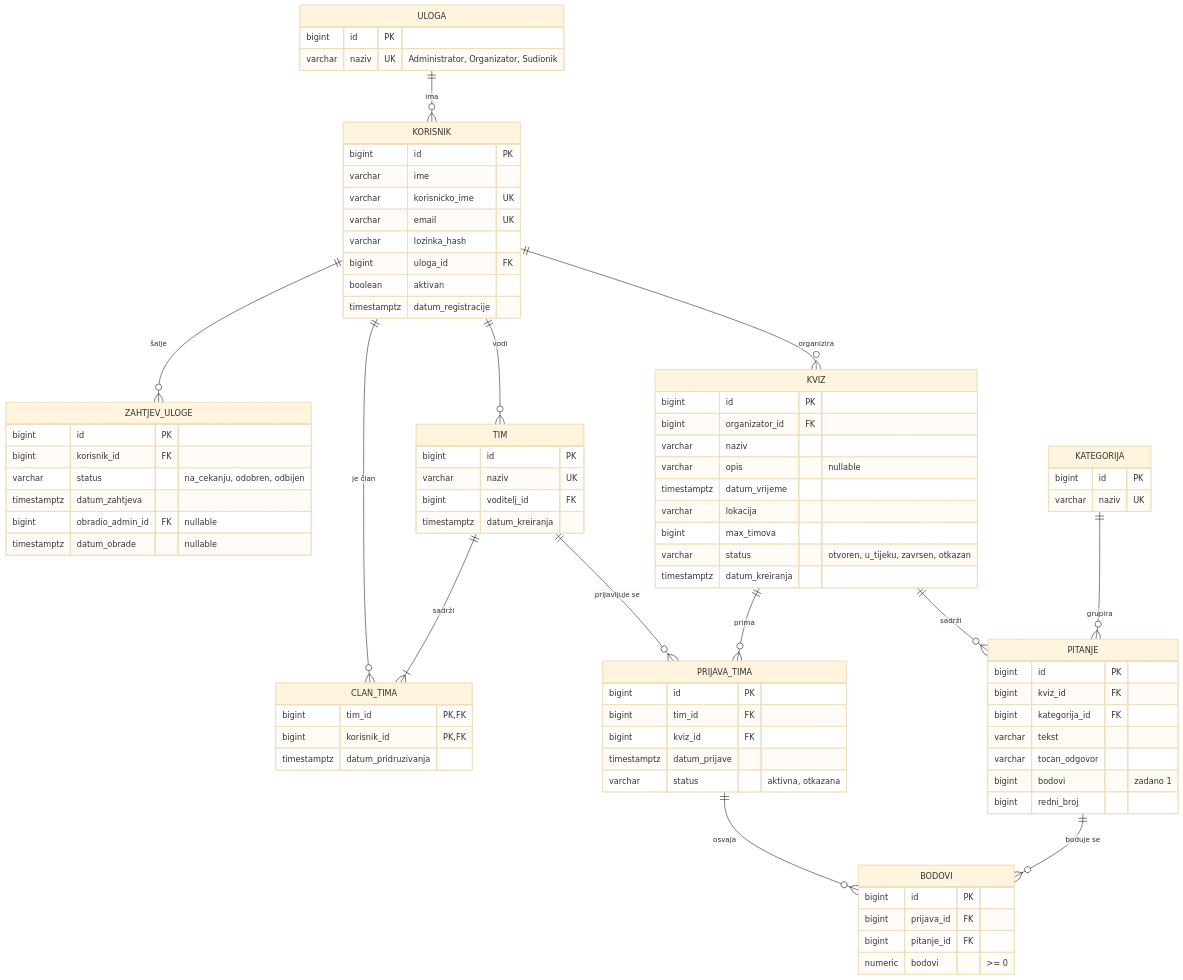
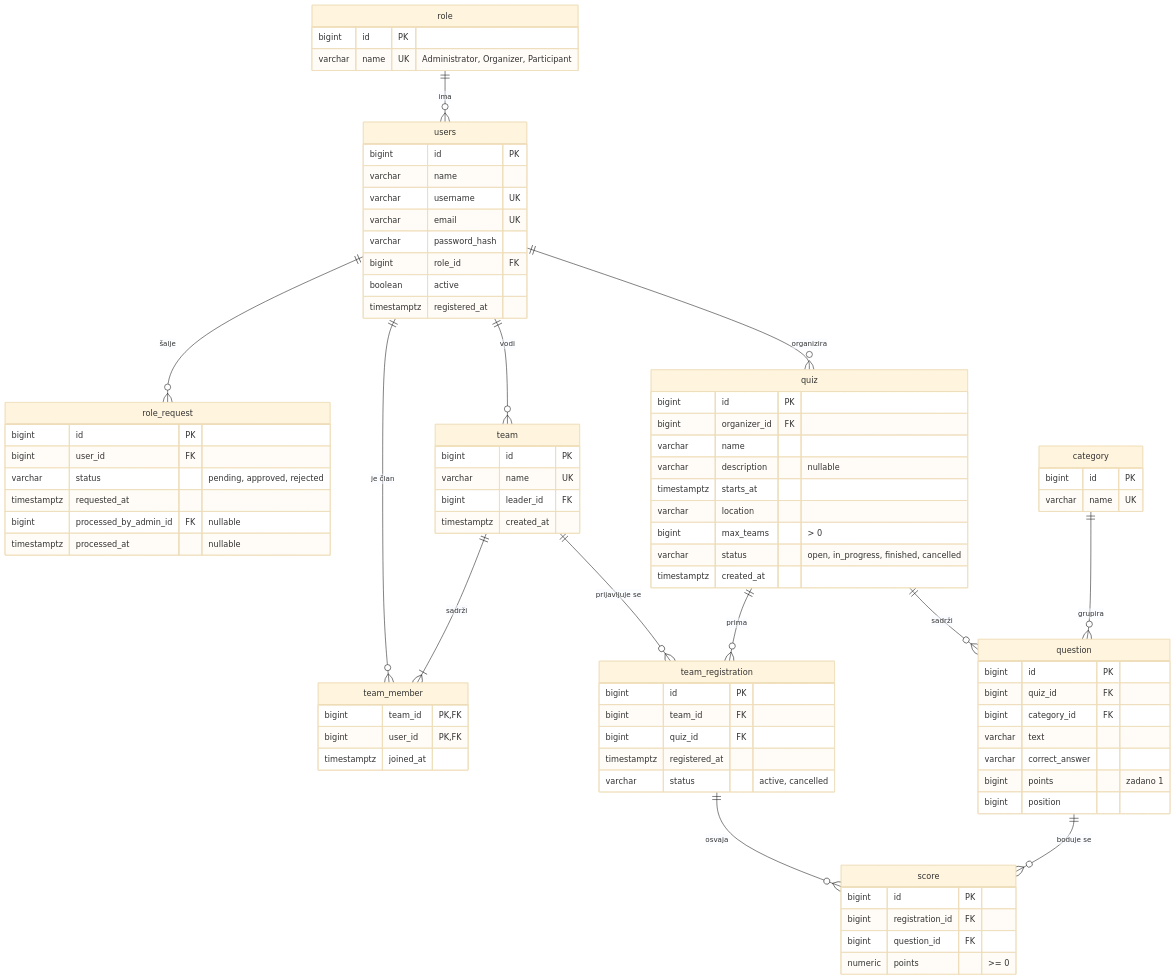
One commit to TomaPeran/RR_PubKviz changed the diagram in docs/ER_dijagram.md. Above: the diagram before and after it, drawn with Mermaid (base theme). The commit also changed other lines of this file and 1 other file, not shown here.

Commit message:
Promijenjen ER dijagram na engleski jezik da bude u skladu s bazom

````diff
--- a/docs/ER_dijagram.md
+++ b/docs/ER_dijagram.md
@@ -7,86 +7,86 @@
 ```mermaid
 erDiagram
-    ULOGA ||--o{ KORISNIK : "ima"
-    KORISNIK ||--o{ ZAHTJEV_ULOGE : "šalje"
-    KORISNIK ||--o{ KVIZ : "organizira"
-    KORISNIK ||--o{ TIM : "vodi"
-    KORISNIK ||--o{ CLAN_TIMA : "je član"
-    TIM ||--|{ CLAN_TIMA : "sadrži"
-    TIM ||--o{ PRIJAVA_TIMA : "prijavljuje se"
-    KVIZ ||--o{ PRIJAVA_TIMA : "prima"
-    KVIZ ||--o{ PITANJE : "sadrži"
-    KATEGORIJA ||--o{ PITANJE : "grupira"
-    PRIJAVA_TIMA ||--o{ BODOVI : "osvaja"
-    PITANJE ||--o{ BODOVI : "boduje se"
+    role ||--o{ users : "ima"
+    users ||--o{ role_request : "šalje"
+    users ||--o{ quiz : "organizira"
+    users ||--o{ team : "vodi"
+    users ||--o{ team_member : "je član"
+    team ||--|{ team_member : "sadrži"
+    team ||--o{ team_registration : "prijavljuje se"
+    quiz ||--o{ team_registration : "prima"
+    quiz ||--o{ question : "sadrži"
+    category ||--o{ question : "grupira"
+    team_registration ||--o{ score : "osvaja"
+    question ||--o{ score : "boduje se"
 
-    ULOGA {
+    role {
         bigint id PK
-        varchar naziv UK "Administrator, Organizator, Sudionik"
+        varchar name UK "Administrator, Organizer, Participant"
     }
-    KORISNIK {
+    users {
         bigint id PK
-        varchar ime
-        varchar korisnicko_ime UK
+        varchar name
+        varchar username UK
         varchar email UK
-        varchar lozinka_hash
-        bigint uloga_id FK
-        boolean aktivan
-        timestamptz datum_registracije
+        varchar password_hash
+        bigint role_id FK
+        boolean active
+        timestamptz registered_at
     }
-    ZAHTJEV_ULOGE {
+    role_request {
         bigint id PK
-        bigint korisnik_id FK
-        varchar status "na_cekanju, odobren, odbijen"
-        timestamptz datum_zahtjeva
-        bigint obradio_admin_id FK "nullable"
-        timestamptz datum_obrade "nullable"
+        bigint user_id FK
+        varchar status "pending, approved, rejected"
+        timestamptz requested_at
+        bigint processed_by_admin_id FK "nullable"
+        timestamptz processed_at "nullable"
     }
-    KVIZ {
+    quiz {
         bigint id PK
-        bigint organizator_id FK
-        varchar naziv
-        varchar opis "nullable"
-        timestamptz datum_vrijeme
-        varchar lokacija
-        bigint max_timova
-        varchar status "otvoren, u_tijeku, zavrsen, otkazan"
-        timestamptz datum_kreiranja
+        bigint organizer_id FK
+        varchar name
+        varchar description "nullable"
+        timestamptz starts_at
+        varchar location
+        bigint max_teams "> 0"
+        varchar status "open, in_progress, finished, cancelled"
+        timestamptz created_at
     }
-    KATEGORIJA {
+    category {
         bigint id PK
-        varchar naziv UK
+        varchar name UK
     }
-    PITANJE {
+    question {
         bigint id PK
-        bigint kviz_id FK
-        bigint kategorija_id FK
-        varchar tekst
-        varchar tocan_odgovor
-        bigint bodovi "zadano 1"
-        bigint redni_broj
+        bigint quiz_id FK
+        bigint category_id FK
+        varchar text
+        varchar correct_answer
+        bigint points "zadano 1"
+        bigint position
     }
-    TIM {
+    team {
         bigint id PK
-        varchar naziv UK
-        bigint voditelj_id FK
-        timestamptz datum_kreiranja
+        varchar name UK
+        bigint leader_id FK
+        timestamptz created_at
     }
-    CLAN_TIMA {
-        bigint tim_id PK,FK
-        bigint korisnik_id PK,FK
-        timestamptz datum_pridruzivanja
+    team_member {
+        bigint team_id PK,FK
+        bigint user_id PK,FK
+        timestamptz joined_at
     }
-    PRIJAVA_TIMA {
+    team_registration {
         bigint id PK
-        bigint tim_id FK
-        bigint kviz_id FK
-        timestamptz datum_prijave
-        varchar status "aktivna, otkazana"
+        bigint team_id FK
+        bigint quiz_id FK
+        timestamptz registered_at
+        varchar status "active, cancelled"
     }
-    BODOVI {
+    score {
         bigint id PK
-        bigint prijava_id FK
-        bigint pitanje_id FK
-        numeric bodovi ">= 0"
+        bigint registration_id FK
+        bigint question_id FK
+        numeric points ">= 0"
     }
 ```
````
